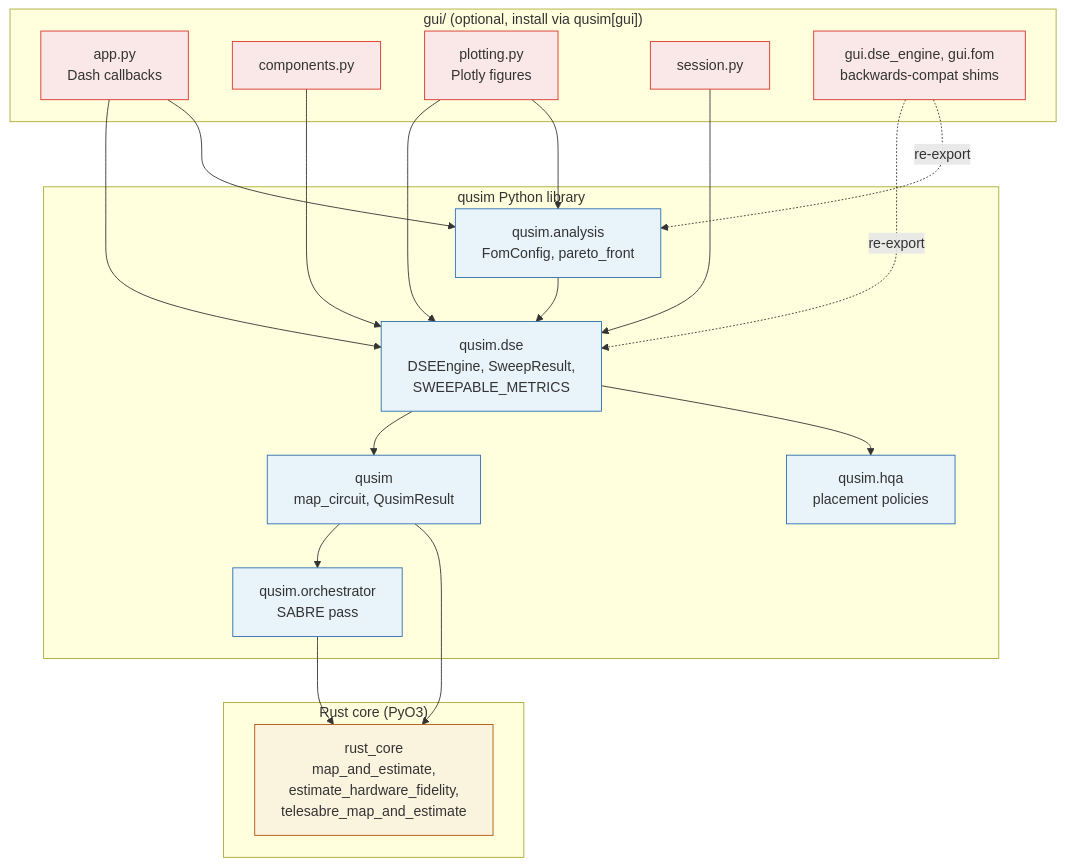
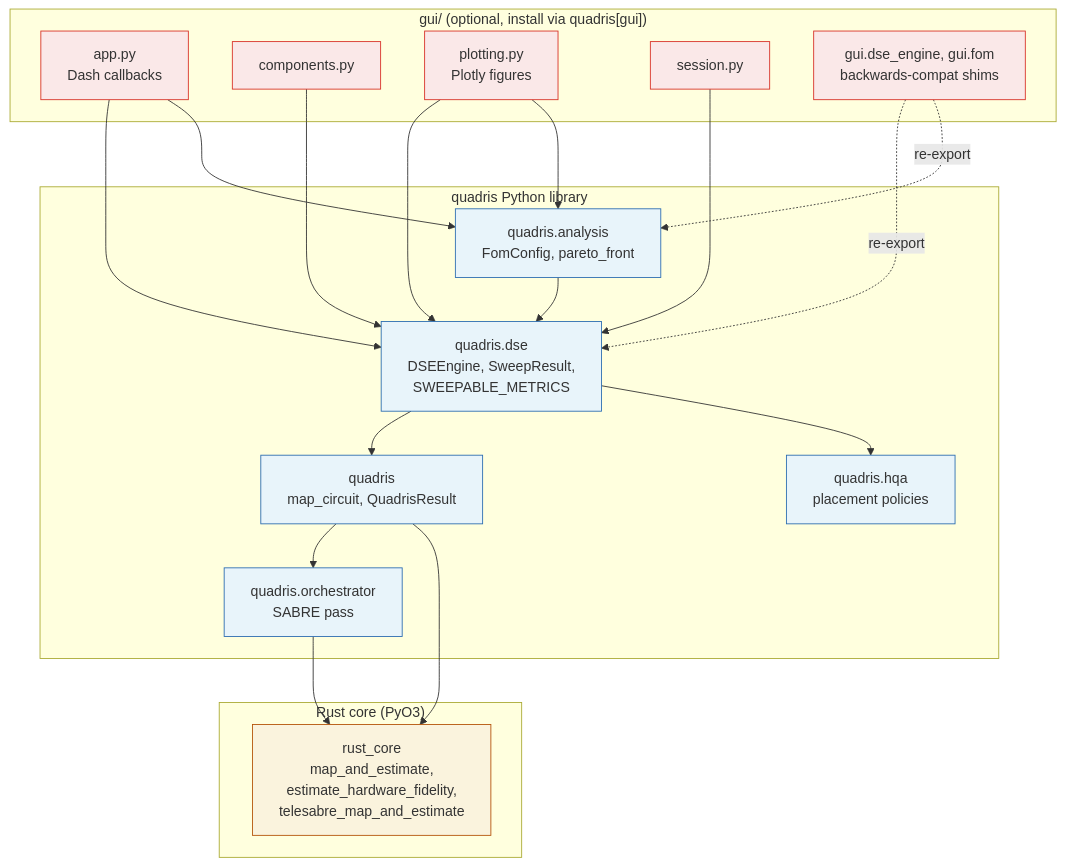
The diagram in docs/ARCHITECTURE.md (alejandrogonzalvo/qusim), drawn with Mermaid before and after one commit. The commit also changed other lines of this file and 101 other files, not shown here.

First line of the commit message:
refactor: rename project from qusim to quadris

````diff
--- a/docs/ARCHITECTURE.md
+++ b/docs/ARCHITECTURE.md
@@ -81,45 +81,45 @@
 ```mermaid
 graph TD
-    subgraph GUI ["gui/  (optional, install via qusim[gui])"]
+    subgraph GUI ["gui/  (optional, install via quadris[gui])"]
         APP[app.py<br/>Dash callbacks]
         COMP[components.py]
         PLOT[plotting.py<br/>Plotly figures]
         SESSION[session.py]
         SHIMS[gui.dse_engine, gui.fom<br/>backwards-compat shims]
     end
 
-    subgraph LIB ["qusim Python library"]
-        QUSIM[qusim<br/>map_circuit, QusimResult]
-        DSE[qusim.dse<br/>DSEEngine, SweepResult,<br/>SWEEPABLE_METRICS]
-        ANALYSIS[qusim.analysis<br/>FomConfig, pareto_front]
-        HQA[qusim.hqa<br/>placement policies]
-        ORCH[qusim.orchestrator<br/>SABRE pass]
+    subgraph LIB ["quadris Python library"]
+        QUADRIS[quadris<br/>map_circuit, QuadrisResult]
+        DSE[quadris.dse<br/>DSEEngine, SweepResult,<br/>SWEEPABLE_METRICS]
+        ANALYSIS[quadris.analysis<br/>FomConfig, pareto_front]
+        HQA[quadris.hqa<br/>placement policies]
+        ORCH[quadris.orchestrator<br/>SABRE pass]
     end
 
     subgraph RUST ["Rust core (PyO3)"]
         RC[rust_core<br/>map_and_estimate,<br/>estimate_hardware_fidelity,<br/>telesabre_map_and_estimate]
     end
 
     APP --> DSE
     APP --> ANALYSIS
     PLOT --> DSE
     PLOT --> ANALYSIS
     COMP --> DSE
     SESSION --> DSE
     SHIMS -.->|re-export| DSE
     SHIMS -.->|re-export| ANALYSIS
 
-    DSE --> QUSIM
+    DSE --> QUADRIS
     DSE --> HQA
     ANALYSIS --> DSE
-    QUSIM --> ORCH
-    QUSIM --> RC
+    QUADRIS --> ORCH
+    QUADRIS --> RC
     ORCH --> RC
 
     classDef gui fill:#FAE8E8,stroke:#D73027
     classDef lib fill:#E8F4FA,stroke:#2B6CB0
     classDef rust fill:#FAF3DD,stroke:#B45309
     class APP,COMP,PLOT,SESSION,SHIMS gui
-    class QUSIM,DSE,ANALYSIS,HQA,ORCH lib
+    class QUADRIS,DSE,ANALYSIS,HQA,ORCH lib
     class RC rust
 ```
````
